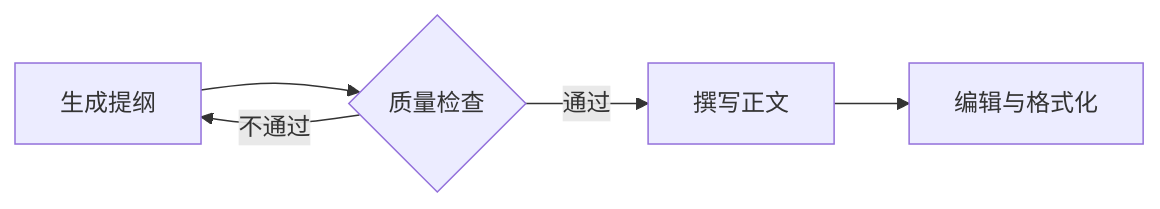
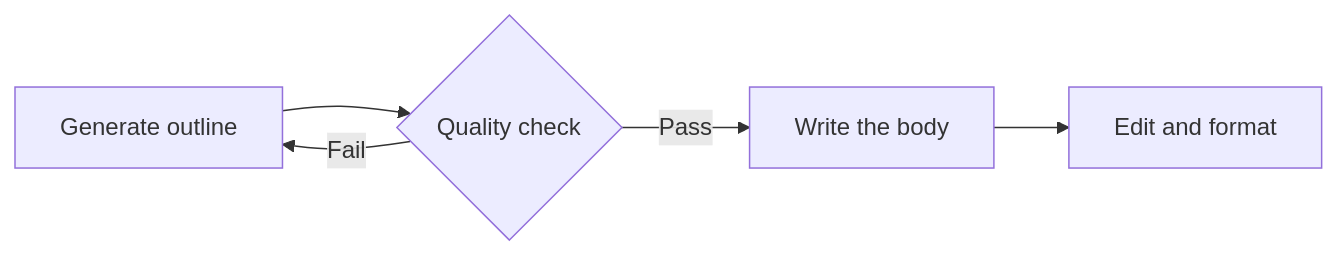
One commit to oneleaveknowsthefall/awesome-ai-roadmap changed the ninth of 15 diagrams in docs/agent/01-foundations/03-agentic-building-blocks.md. Above: the diagram before and after it, drawn with Mermaid. The commit also changed other lines of this file and 68 other files, not shown here.

````diff
--- a/docs/agent/01-foundations/03-agentic-building-blocks.md
+++ b/docs/agent/01-foundations/03-agentic-building-blocks.md
@@ -549,7 +553,7 @@
 ```mermaid
 flowchart LR
-    A[生成提纲] --> G{质量检查}
-    G -->|通过| B[撰写正文]
-    G -->|不通过| A
-    B --> C[编辑与格式化]
+    A[Generate outline] --> G{Quality check}
+    G -->|Pass| B[Write the body]
+    G -->|Fail| A
+    B --> C[Edit and format]
 ```
````
